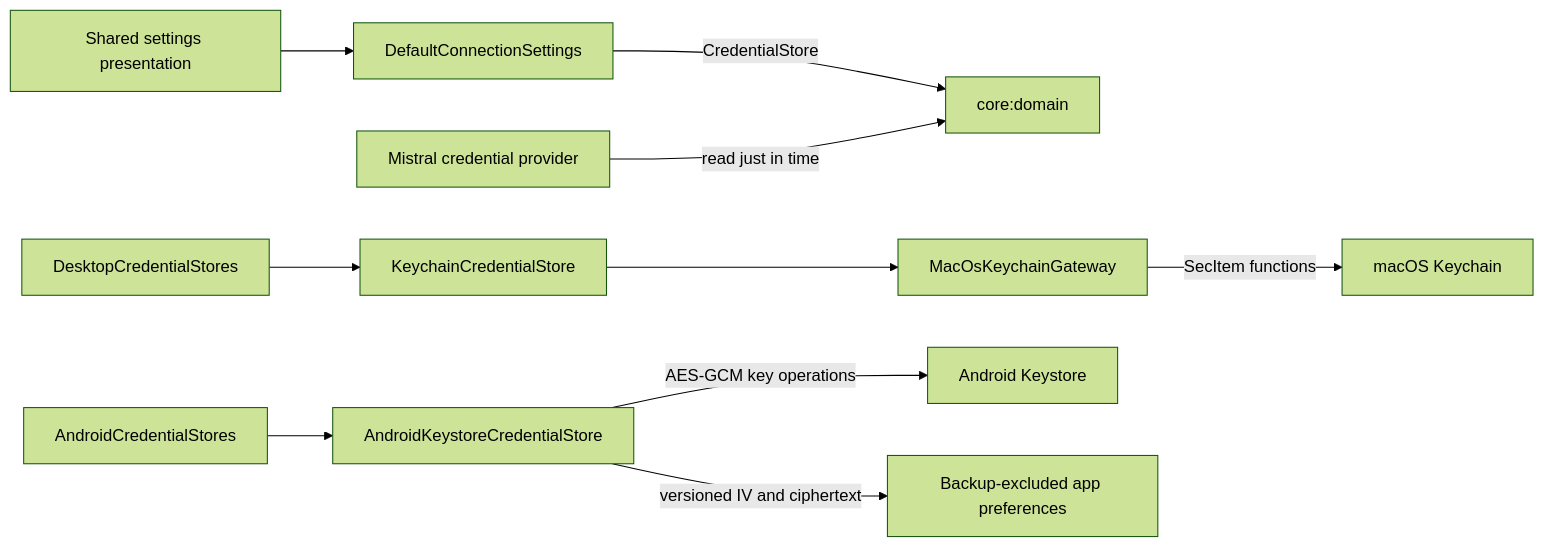
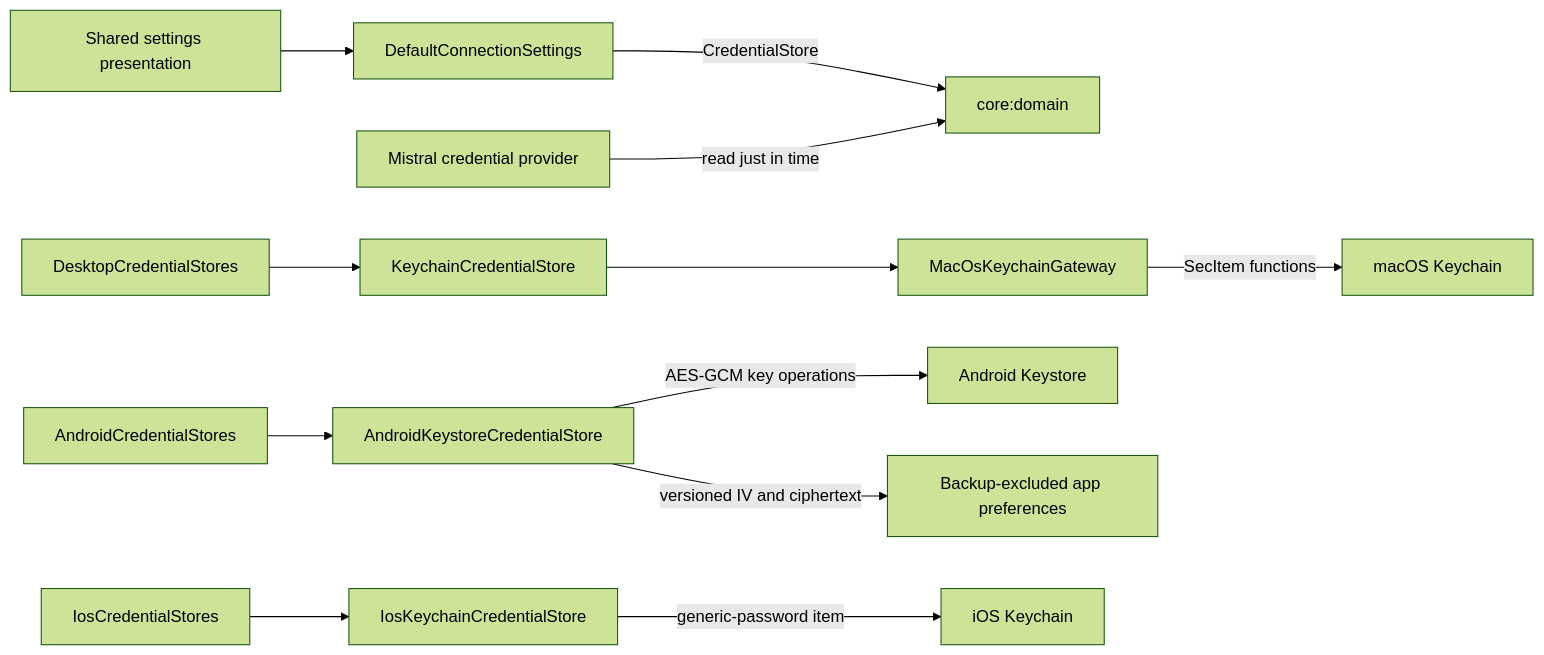
Before and after one commit to artemidius/blowhard: the diagram in docs/architecture/credential-storage.md, drawn with Mermaid (forest theme). The commit also changed other lines of this file and 12 other files, not shown here.

First line of the commit message:
Add iOS Keychain credential adapter (#80)

````diff
--- a/docs/architecture/credential-storage.md
+++ b/docs/architecture/credential-storage.md
@@ -5,12 +5,14 @@
 ```mermaid
 flowchart LR
     Settings[DefaultConnectionSettings] -->|CredentialStore| Domain[core:domain]
     UI[Shared settings presentation] --> Settings
     Provider[Mistral credential provider] -->|read just in time| Domain
     Factory[DesktopCredentialStores] --> Store[KeychainCredentialStore]
     Store --> Gateway[MacOsKeychainGateway]
     Gateway -->|SecItem functions| Keychain[macOS Keychain]
     AndroidFactory[AndroidCredentialStores] --> AndroidStore[AndroidKeystoreCredentialStore]
     AndroidStore -->|AES-GCM key operations| AndroidKeyStore[Android Keystore]
     AndroidStore -->|versioned IV and ciphertext| PrivatePrefs[Backup-excluded app preferences]
+    IosFactory[IosCredentialStores] --> IosStore[IosKeychainCredentialStore]
+    IosStore -->|generic-password item| IosKeychain[iOS Keychain]
 ```
````
